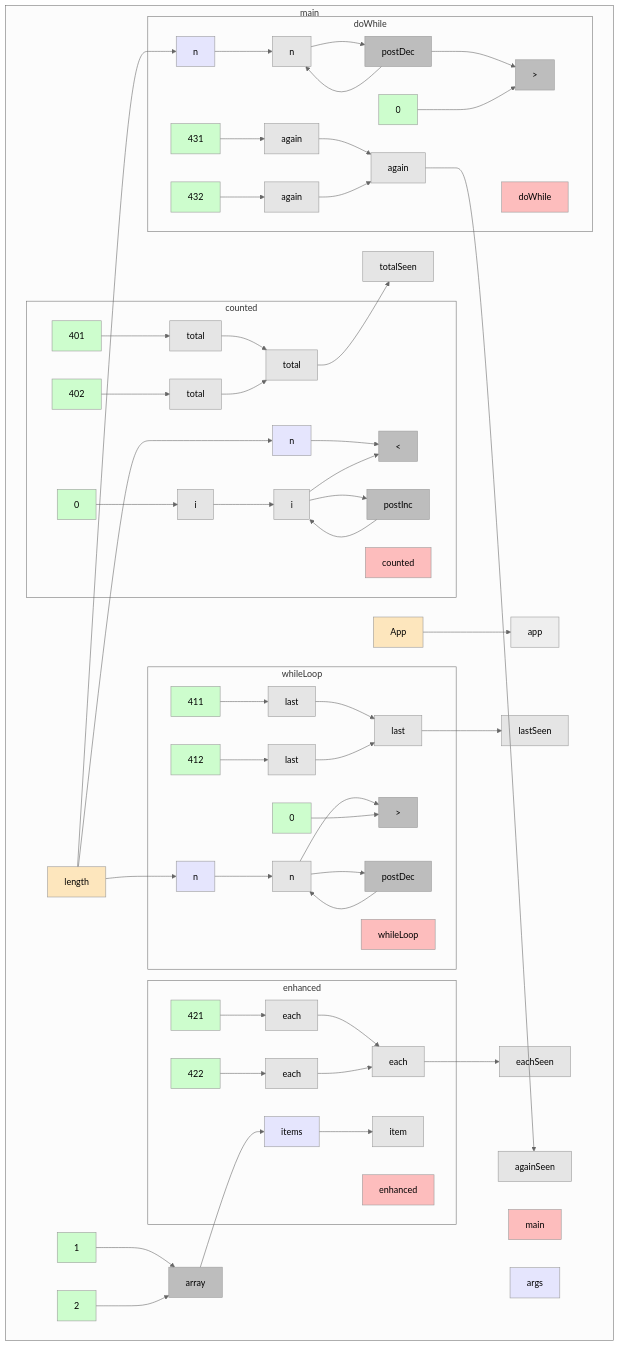
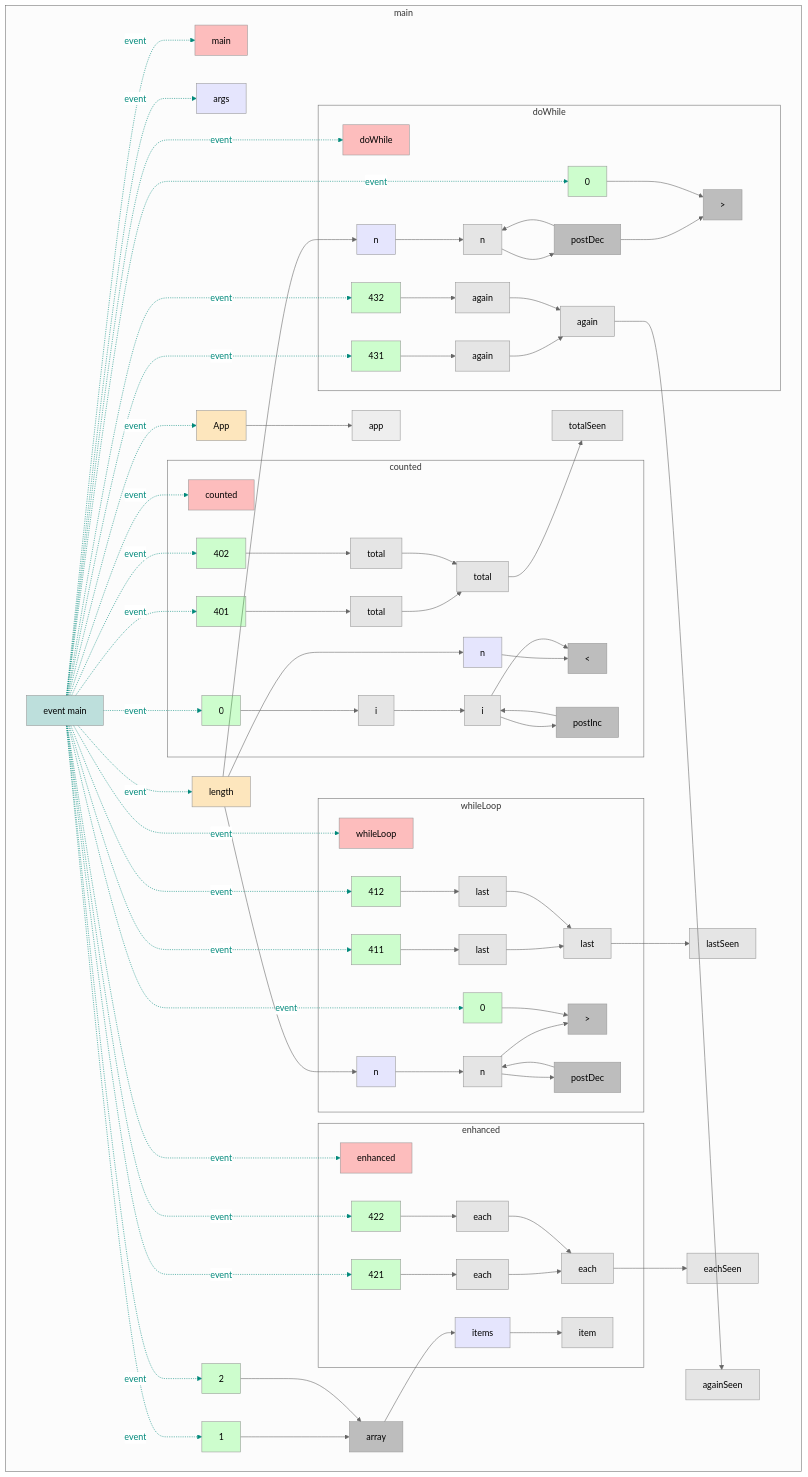
One commit to gstiebler/codeflow changed the diagram in app/src/test/resources/fieldLoop/snapshot.md. Above: the diagram before and after it, drawn with Mermaid (neutral theme). The commit also changed 77 other files, not shown here.

````diff
--- a/app/src/test/resources/fieldLoop/snapshot.md
+++ b/app/src/test/resources/fieldLoop/snapshot.md
@@ -1,113 +1,156 @@
 ```mermaid
 flowchart TD
   subgraph b0["main"]
-    n1[main]:::RETURN
-    n2[args]:::FUNC_PARAM
-    n3[App]:::EXTERNAL
-    n4[app]:::OBJ_VARIABLE
-    n5[length]:::EXTERNAL
-    n19[totalSeen]:::VARIABLE
-    n32[lastSeen]:::VARIABLE
-    n33[1]:::LITERAL
-    n34[2]:::LITERAL
-    n35[array]:::BIN_OP
-    n45[eachSeen]:::VARIABLE
-    n58[againSeen]:::VARIABLE
-    n3[App]:::EXTERNAL --> n4[app]:::OBJ_VARIABLE
-    n5[length]:::EXTERNAL --> n8[n]:::FUNC_PARAM
-    n5[length]:::EXTERNAL --> n22[n]:::FUNC_PARAM
-    n5[length]:::EXTERNAL --> n48[n]:::FUNC_PARAM
-    n33[1]:::LITERAL --> n35[array]:::BIN_OP
-    n34[2]:::LITERAL --> n35[array]:::BIN_OP
-    n35[array]:::BIN_OP --> n38[items]:::FUNC_PARAM
-    n18[total]:::VARIABLE --> n19[totalSeen]:::VARIABLE
-    n31[last]:::VARIABLE --> n32[lastSeen]:::VARIABLE
-    n44[each]:::VARIABLE --> n45[eachSeen]:::VARIABLE
-    n57[again]:::VARIABLE --> n58[againSeen]:::VARIABLE
-    subgraph b6["counted"]
-      n7[counted]:::RETURN
-      n8[n]:::FUNC_PARAM
-      n9[401]:::LITERAL
-      n10[total]:::VARIABLE
-      n11[0]:::LITERAL
-      n12[i]:::VARIABLE
+    n1[event main]:::EVENT
+    n2[main]:::RETURN
+    n3[args]:::FUNC_PARAM
+    n4[App]:::EXTERNAL
+    n5[app]:::OBJ_VARIABLE
+    n6[length]:::EXTERNAL
+    n20[totalSeen]:::VARIABLE
+    n33[lastSeen]:::VARIABLE
+    n34[1]:::LITERAL
+    n35[2]:::LITERAL
+    n36[array]:::BIN_OP
+    n46[eachSeen]:::VARIABLE
+    n59[againSeen]:::VARIABLE
+    n1[event main]:::EVENT -. event .-> n2[main]:::RETURN
+    n1[event main]:::EVENT -. event .-> n3[args]:::FUNC_PARAM
+    n1[event main]:::EVENT -. event .-> n4[App]:::EXTERNAL
+    n1[event main]:::EVENT -. event .-> n6[length]:::EXTERNAL
+    n1[event main]:::EVENT -. event .-> n34[1]:::LITERAL
+    n1[event main]:::EVENT -. event .-> n35[2]:::LITERAL
+    n1[event main]:::EVENT -. event .-> n8[counted]:::RETURN
+    n1[event main]:::EVENT -. event .-> n10[401]:::LITERAL
+    n1[event main]:::EVENT -. event .-> n12[0]:::LITERAL
+    n1[event main]:::EVENT -. event .-> n16[402]:::LITERAL
+    n1[event main]:::EVENT -. event .-> n22[whileLoop]:::RETURN
+    n1[event main]:::EVENT -. event .-> n24[411]:::LITERAL
+    n1[event main]:::EVENT -. event .-> n27[0]:::LITERAL
+    n1[event main]:::EVENT -. event .-> n29[412]:::LITERAL
+    n1[event main]:::EVENT -. event .-> n38[enhanced]:::RETURN
+    n1[event main]:::EVENT -. event .-> n40[421]:::LITERAL
+    n1[event main]:::EVENT -. event .-> n43[422]:::LITERAL
+    n1[event main]:::EVENT -. event .-> n48[doWhile]:::RETURN
+    n1[event main]:::EVENT -. event .-> n50[431]:::LITERAL
+    n1[event main]:::EVENT -. event .-> n53[432]:::LITERAL
+    n1[event main]:::EVENT -. event .-> n56[0]:::LITERAL
+    n4[App]:::EXTERNAL --> n5[app]:::OBJ_VARIABLE
+    n6[length]:::EXTERNAL --> n9[n]:::FUNC_PARAM
+    n6[length]:::EXTERNAL --> n23[n]:::FUNC_PARAM
+    n6[length]:::EXTERNAL --> n49[n]:::FUNC_PARAM
+    n34[1]:::LITERAL --> n36[array]:::BIN_OP
+    n35[2]:::LITERAL --> n36[array]:::BIN_OP
+    n36[array]:::BIN_OP --> n39[items]:::FUNC_PARAM
+    n19[total]:::VARIABLE --> n20[totalSeen]:::VARIABLE
+    n32[last]:::VARIABLE --> n33[lastSeen]:::VARIABLE
+    n45[each]:::VARIABLE --> n46[eachSeen]:::VARIABLE
+    n58[again]:::VARIABLE --> n59[againSeen]:::VARIABLE
+    subgraph b7["counted"]
+      n8[counted]:::RETURN
+      n9[n]:::FUNC_PARAM
+      n10[401]:::LITERAL
+      n11[total]:::VARIABLE
+      n12[0]:::LITERAL
       n13[i]:::VARIABLE
-      n14[<]:::BIN_OP
-      n15[402]:::LITERAL
-      n16[total]:::VARIABLE
-      n17[postInc]:::BIN_OP
-      n18[total]:::VARIABLE
-      n8[n]:::FUNC_PARAM --> n14[<]:::BIN_OP
-      n9[401]:::LITERAL --> n10[total]:::VARIABLE
-      n10[total]:::VARIABLE --> n18[total]:::VARIABLE
-      n11[0]:::LITERAL --> n12[i]:::VARIABLE
-      n12[i]:::VARIABLE --> n13[i]:::VARIABLE
-      n13[i]:::VARIABLE --> n14[<]:::BIN_OP
-      n13[i]:::VARIABLE --> n17[postInc]:::BIN_OP
-      n15[402]:::LITERAL --> n16[total]:::VARIABLE
-      n16[total]:::VARIABLE --> n18[total]:::VARIABLE
-      n17[postInc]:::BIN_OP --> n13[i]:::VARIABLE
+      n14[i]:::VARIABLE
+      n15[<]:::BIN_OP
+      n16[402]:::LITERAL
+      n17[total]:::VARIABLE
+      n18[postInc]:::BIN_OP
+      n19[total]:::VARIABLE
+      n9[n]:::FUNC_PARAM --> n15[<]:::BIN_OP
+      n10[401]:::LITERAL --> n11[total]:::VARIABLE
+      n11[total]:::VARIABLE --> n19[total]:::VARIABLE
+      n12[0]:::LITERAL --> n13[i]:::VARIABLE
+      n13[i]:::VARIABLE --> n14[i]:::VARIABLE
+      n14[i]:::VARIABLE --> n15[<]:::BIN_OP
+      n14[i]:::VARIABLE --> n18[postInc]:::BIN_OP
+      n16[402]:::LITERAL --> n17[total]:::VARIABLE
+      n17[total]:::VARIABLE --> n19[total]:::VARIABLE
+      n18[postInc]:::BIN_OP --> n14[i]:::VARIABLE
     end
-    subgraph b20["whileLoop"]
-      n21[whileLoop]:::RETURN
-      n22[n]:::FUNC_PARAM
-      n23[411]:::LITERAL
-      n24[last]:::VARIABLE
-      n25[n]:::VARIABLE
-      n26[0]:::LITERAL
-      n27[>]:::BIN_OP
-      n28[412]:::LITERAL
-      n29[last]:::VARIABLE
-      n30[postDec]:::BIN_OP
-      n31[last]:::VARIABLE
-      n22[n]:::FUNC_PARAM --> n25[n]:::VARIABLE
-      n23[411]:::LITERAL --> n24[last]:::VARIABLE
-      n24[last]:::VARIABLE --> n31[last]:::VARIABLE
-      n25[n]:::VARIABLE --> n27[>]:::BIN_OP
-      n25[n]:::VARIABLE --> n30[postDec]:::BIN_OP
-      n26[0]:::LITERAL --> n27[>]:::BIN_OP
-      n28[412]:::LITERAL --> n29[last]:::VARIABLE
-      n29[last]:::VARIABLE --> n31[last]:::VARIABLE
-      n30[postDec]:::BIN_OP --> n25[n]:::VARIABLE
+    subgraph b21["whileLoop"]
+      n22[whileLoop]:::RETURN
+      n23[n]:::FUNC_PARAM
+      n24[411]:::LITERAL
+      n25[last]:::VARIABLE
+      n26[n]:::VARIABLE
+      n27[0]:::LITERAL
+      n28[>]:::BIN_OP
+      n29[412]:::LITERAL
+      n30[last]:::VARIABLE
+      n31[postDec]:::BIN_OP
+      n32[last]:::VARIABLE
+      n23[n]:::FUNC_PARAM --> n26[n]:::VARIABLE
+      n24[411]:::LITERAL --> n25[last]:::VARIABLE
+      n25[last]:::VARIABLE --> n32[last]:::VARIABLE
+      n26[n]:::VARIABLE --> n28[>]:::BIN_OP
+      n26[n]:::VARIABLE --> n31[postDec]:::BIN_OP
+      n27[0]:::LITERAL --> n28[>]:::BIN_OP
+      n29[412]:::LITERAL --> n30[last]:::VARIABLE
+      n30[last]:::VARIABLE --> n32[last]:::VARIABLE
+      n31[postDec]:::BIN_OP --> n26[n]:::VARIABLE
     end
-    subgraph b36["enhanced"]
-      n37[enhanced]:::RETURN
-      n38[items]:::FUNC_PARAM
-      n39[421]:::LITERAL
-      n40[each]:::VARIABLE
-      n41[item]:::VARIABLE
-      n42[422]:::LITERAL
-      n43[each]:::VARIABLE
+    subgraph b37["enhanced"]
+      n38[enhanced]:::RETURN
+      n39[items]:::FUNC_PARAM
+      n40[421]:::LITERAL
+      n41[each]:::VARIABLE
+      n42[item]:::VARIABLE
+      n43[422]:::LITERAL
       n44[each]:::VARIABLE
-      n38[items]:::FUNC_PARAM --> n41[item]:::VARIABLE
-      n39[421]:::LITERAL --> n40[each]:::VARIABLE
-      n40[each]:::VARIABLE --> n44[each]:::VARIABLE
-      n42[422]:::LITERAL --> n43[each]:::VARIABLE
-      n43[each]:::VARIABLE --> n44[each]:::VARIABLE
+      n45[each]:::VARIABLE
+      n39[items]:::FUNC_PARAM --> n42[item]:::VARIABLE
+      n40[421]:::LITERAL --> n41[each]:::VARIABLE
+      n41[each]:::VARIABLE --> n45[each]:::VARIABLE
+      n43[422]:::LITERAL --> n44[each]:::VARIABLE
+      n44[each]:::VARIABLE --> n45[each]:::VARIABLE
     end
-    subgraph b46["doWhile"]
-      n47[doWhile]:::RETURN
-      n48[n]:::FUNC_PARAM
-      n49[431]:::LITERAL
-      n50[again]:::VARIABLE
-      n51[n]:::VARIABLE
-      n52[432]:::LITERAL
-      n53[again]:::VARIABLE
-      n54[postDec]:::BIN_OP
-      n55[0]:::LITERAL
-      n56[>]:::BIN_OP
-      n57[again]:::VARIABLE
-      n48[n]:::FUNC_PARAM --> n51[n]:::VARIABLE
-      n49[431]:::LITERAL --> n50[again]:::VARIABLE
-      n50[again]:::VARIABLE --> n57[again]:::VARIABLE
-      n51[n]:::VARIABLE --> n54[postDec]:::BIN_OP
-      n52[432]:::LITERAL --> n53[again]:::VARIABLE
-      n53[again]:::VARIABLE --> n57[again]:::VARIABLE
-      n54[postDec]:::BIN_OP --> n56[>]:::BIN_OP
-      n54[postDec]:::BIN_OP --> n51[n]:::VARIABLE
-      n55[0]:::LITERAL --> n56[>]:::BIN_OP
+    subgraph b47["doWhile"]
+      n48[doWhile]:::RETURN
+      n49[n]:::FUNC_PARAM
+      n50[431]:::LITERAL
+      n51[again]:::VARIABLE
+      n52[n]:::VARIABLE
+      n53[432]:::LITERAL
+      n54[again]:::VARIABLE
+      n55[postDec]:::BIN_OP
+      n56[0]:::LITERAL
+      n57[>]:::BIN_OP
+      n58[again]:::VARIABLE
+      n49[n]:::FUNC_PARAM --> n52[n]:::VARIABLE
+      n50[431]:::LITERAL --> n51[again]:::VARIABLE
+      n51[again]:::VARIABLE --> n58[again]:::VARIABLE
+      n52[n]:::VARIABLE --> n55[postDec]:::BIN_OP
+      n53[432]:::LITERAL --> n54[again]:::VARIABLE
+      n54[again]:::VARIABLE --> n58[again]:::VARIABLE
+      n55[postDec]:::BIN_OP --> n57[>]:::BIN_OP
+      n55[postDec]:::BIN_OP --> n52[n]:::VARIABLE
+      n56[0]:::LITERAL --> n57[>]:::BIN_OP
     end
   end
+  linkStyle 0 stroke:#00897b,color:#00897b
+  linkStyle 1 stroke:#00897b,color:#00897b
+  linkStyle 2 stroke:#00897b,color:#00897b
+  linkStyle 3 stroke:#00897b,color:#00897b
+  linkStyle 4 stroke:#00897b,color:#00897b
+  linkStyle 5 stroke:#00897b,color:#00897b
+  linkStyle 6 stroke:#00897b,color:#00897b
+  linkStyle 7 stroke:#00897b,color:#00897b
+  linkStyle 8 stroke:#00897b,color:#00897b
+  linkStyle 9 stroke:#00897b,color:#00897b
+  linkStyle 10 stroke:#00897b,color:#00897b
+  linkStyle 11 stroke:#00897b,color:#00897b
+  linkStyle 12 stroke:#00897b,color:#00897b
+  linkStyle 13 stroke:#00897b,color:#00897b
+  linkStyle 14 stroke:#00897b,color:#00897b
+  linkStyle 15 stroke:#00897b,color:#00897b
+  linkStyle 16 stroke:#00897b,color:#00897b
+  linkStyle 17 stroke:#00897b,color:#00897b
+  linkStyle 18 stroke:#00897b,color:#00897b
+  linkStyle 19 stroke:#00897b,color:#00897b
+  linkStyle 20 stroke:#00897b,color:#00897b
   classDef LITERAL fill:#00FF0030
   classDef VARIABLE fill:#80808030
   classDef BIN_OP fill:#80808080
@@ -115,4 +158,5 @@
   classDef RETURN fill:#FF808080
   classDef EXTERNAL fill:#FFA50040
   classDef UNMODELLED fill:#FF000030,stroke-dasharray: 4 2
+  classDef EVENT fill:#00897B40
 ```
````
